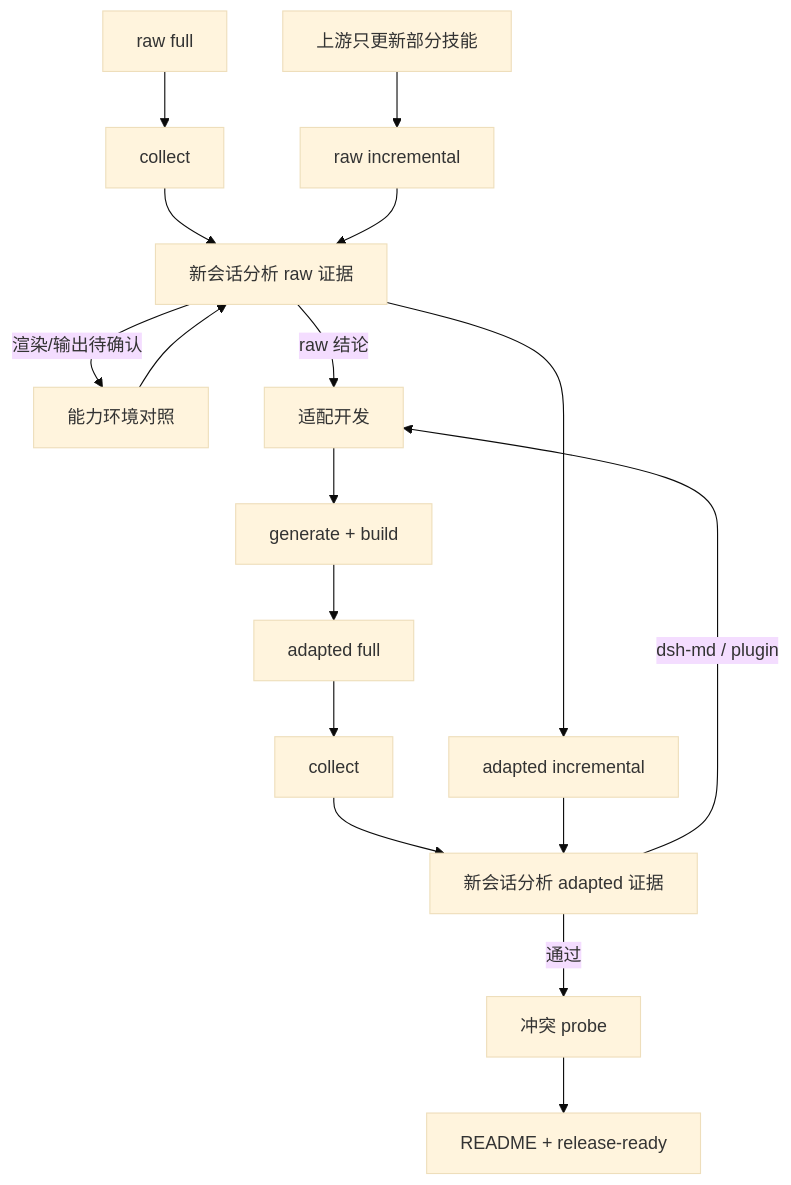
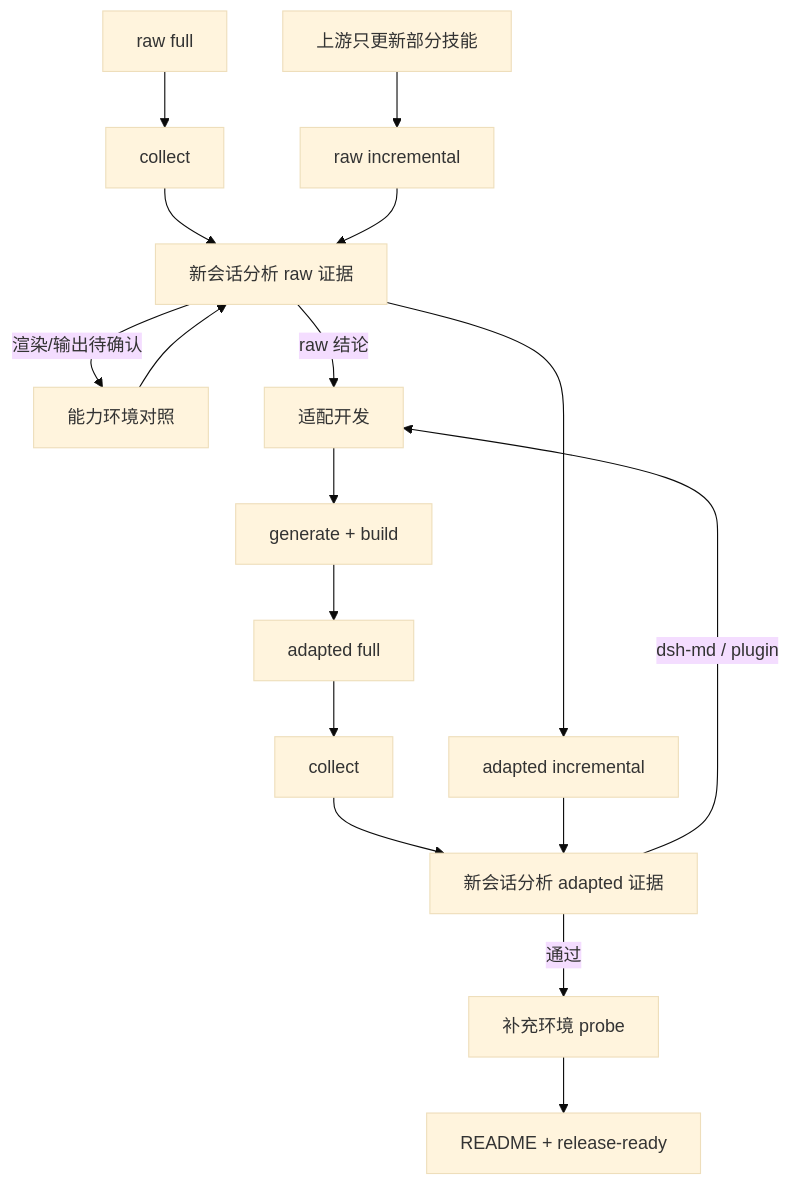
Before and after one commit to MaxonT/dsh-pstack: the diagram in playground/docs/verification-loop.md, drawn with Mermaid (base theme). The commit also changed other lines of this file and 2 other files, not shown here.

````diff
--- a/playground/docs/verification-loop.md
+++ b/playground/docs/verification-loop.md
@@ -24,19 +24,19 @@
 ```mermaid
 flowchart TD
   rawFull[raw full] --> collectRaw[collect]
   collectRaw --> analyzeRaw[新会话分析 raw 证据]
   analyzeRaw -->|渲染/输出待确认| renderCompare[能力环境对照]
   renderCompare --> analyzeRaw
   analyzeRaw -->|raw 结论| portChange[适配开发]
   portChange --> build[generate + build]
   build --> adaptedFull[adapted full]
   adaptedFull --> collectAdapted[collect]
   collectAdapted --> analyzeAdapted[新会话分析 adapted 证据]
   analyzeAdapted -->|dsh-md / plugin| portChange
-  analyzeAdapted -->|通过| envGroup[冲突 probe]
+  analyzeAdapted -->|通过| envGroup[补充环境 probe]
   envGroup --> release[README + release-ready]
   upstream[上游只更新部分技能] --> rawDelta[raw incremental]
   rawDelta --> analyzeRaw
   analyzeRaw --> adaptedDelta[adapted incremental]
   adaptedDelta --> analyzeAdapted
 ```
````
